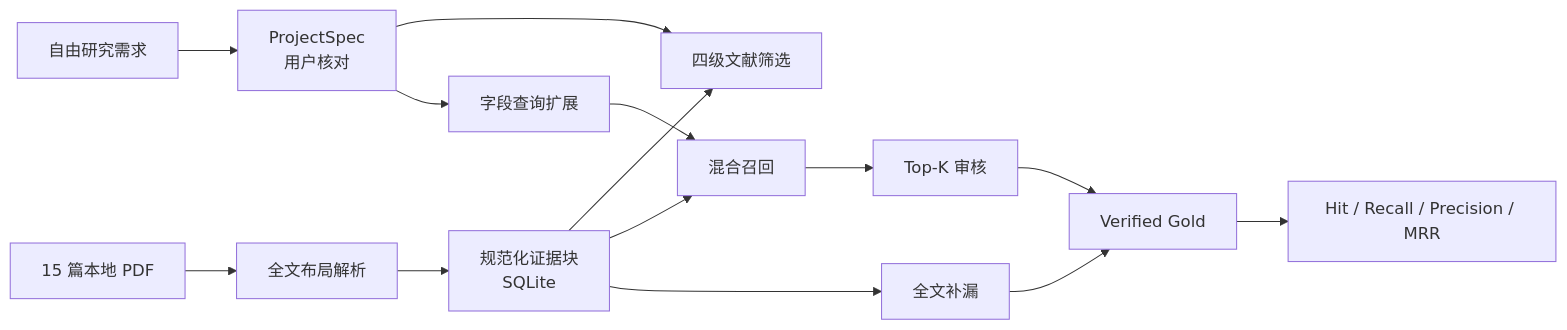
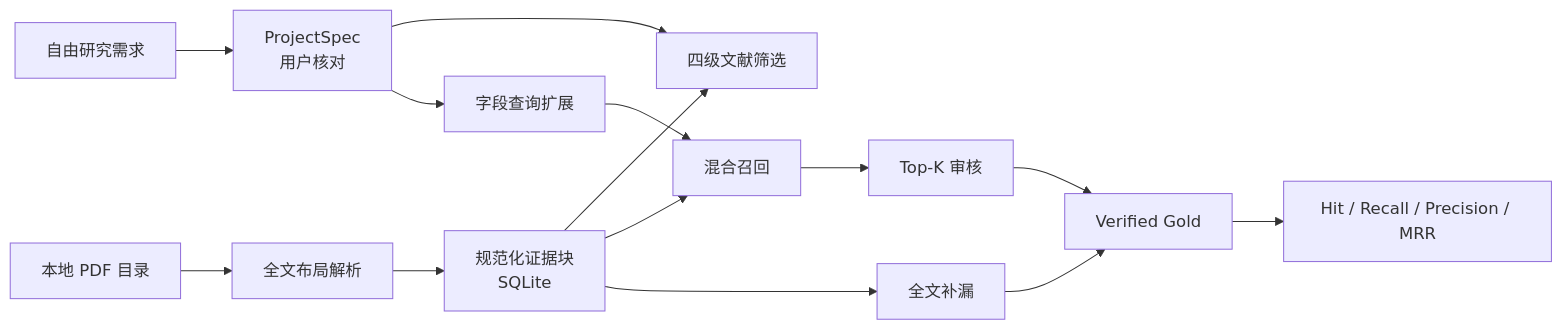
Before and after one commit to ZhangHan200005/EcoData_Extraction: the diagram in docs/ARCHITECTURE.md, drawn with Mermaid. The commit also changed other lines of this file and 12 other files, not shown here.

````diff
--- a/docs/ARCHITECTURE.md
+++ b/docs/ARCHITECTURE.md
@@ -7,16 +7,16 @@
 ```mermaid
 flowchart LR
     A["自由研究需求"] --> B["ProjectSpec<br/>用户核对"]
-    C["15 篇本地 PDF"] --> D["全文布局解析"]
+    C["本地 PDF 目录"] --> D["全文布局解析"]
     D --> E["规范化证据块<br/>SQLite"]
     B --> F["四级文献筛选"]
     E --> F
     B --> G["字段查询扩展"]
     E --> H["混合召回"]
     G --> H
     H --> I["Top-K 审核"]
     E --> J["全文补漏"]
     I --> K["Verified Gold"]
     J --> K
     K --> L["Hit / Recall / Precision / MRR"]
 ```
````
